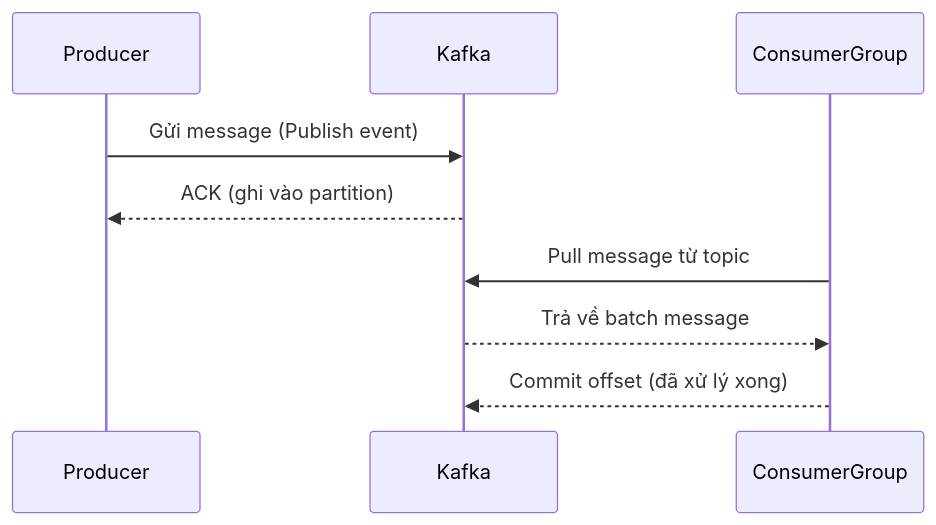
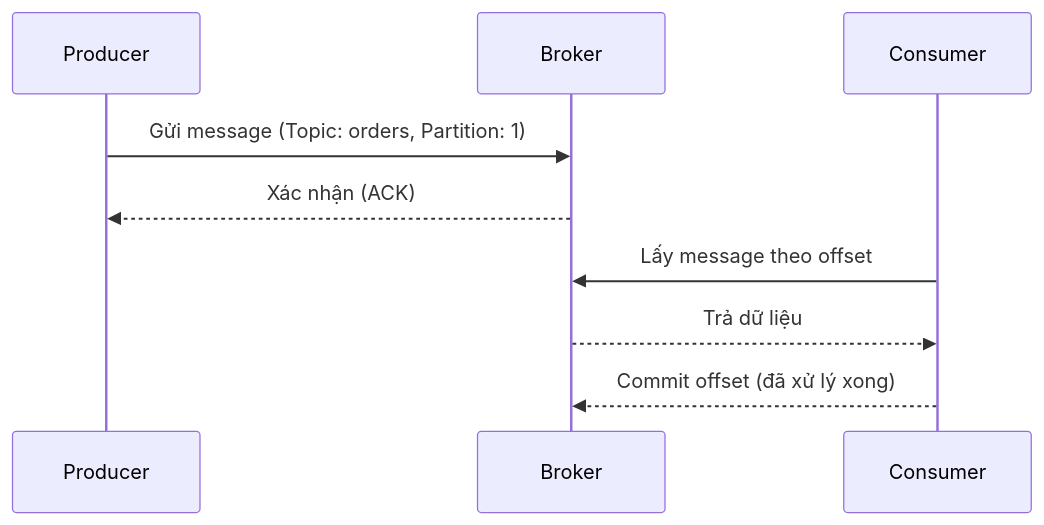
Before and after one commit to thanhmati/einvoice-backend: the fifth of 5 diagrams in lessons/22 apache kafka.md, drawn with Mermaid. The commit also changed other lines of this file, not shown here.

Commit message:
Update 22 apache kafka.md

````diff
--- a/lessons/22 apache kafka.md
+++ b/lessons/22 apache kafka.md
@@ -72,12 +170,12 @@
 ```mermaid
 sequenceDiagram
   participant Producer
-  participant Kafka
-  participant ConsumerGroup
+  participant Broker
+  participant Consumer
 
-  Producer->>Kafka: Gửi message (Publish event)
-  Kafka-->>Producer: ACK (ghi vào partition)
-  ConsumerGroup->>Kafka: Pull message từ topic
-  Kafka-->>ConsumerGroup: Trả về batch message
-  ConsumerGroup-->>Kafka: Commit offset (đã xử lý xong)
+  Producer->>Broker: Gửi message (Topic: orders, Partition: 1)
+  Broker-->>Producer: Xác nhận (ACK)
+  Consumer->>Broker: Lấy message theo offset
+  Broker-->>Consumer: Trả dữ liệu
+  Consumer-->>Broker: Commit offset (đã xử lý xong)
 ```
````
